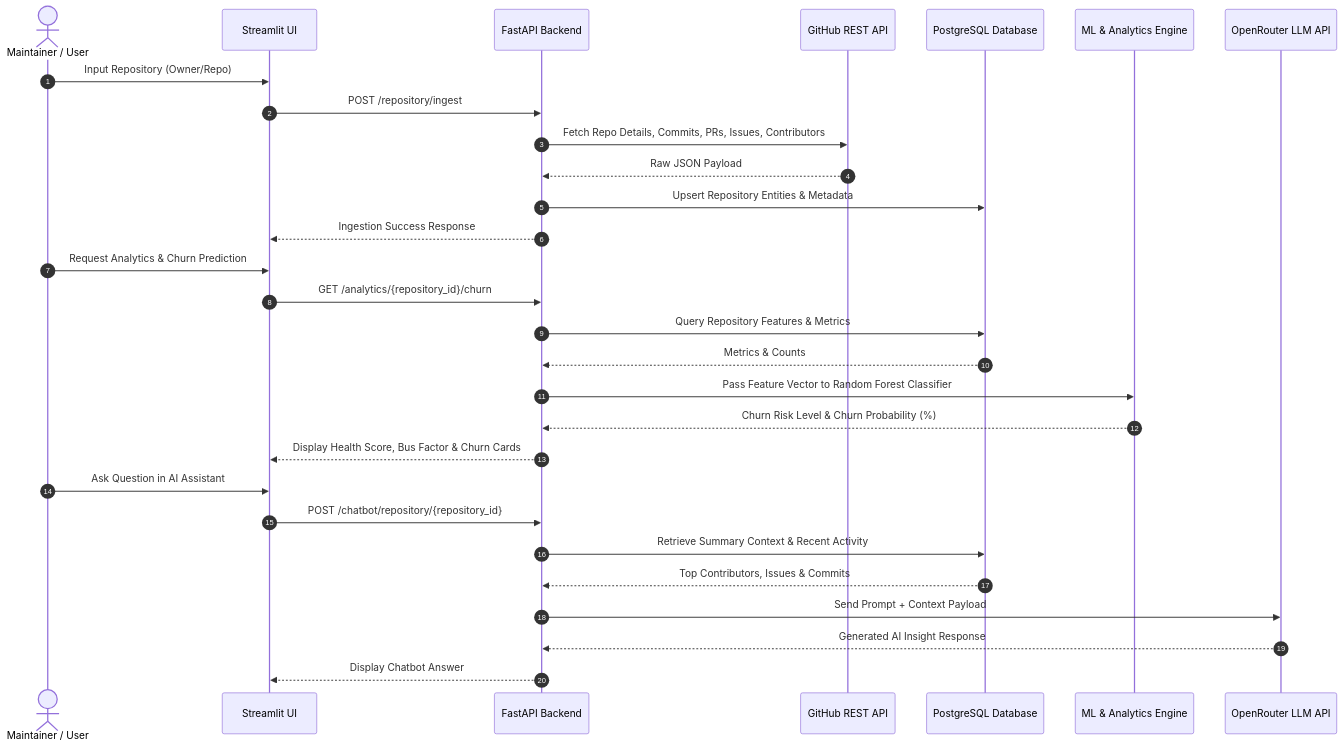
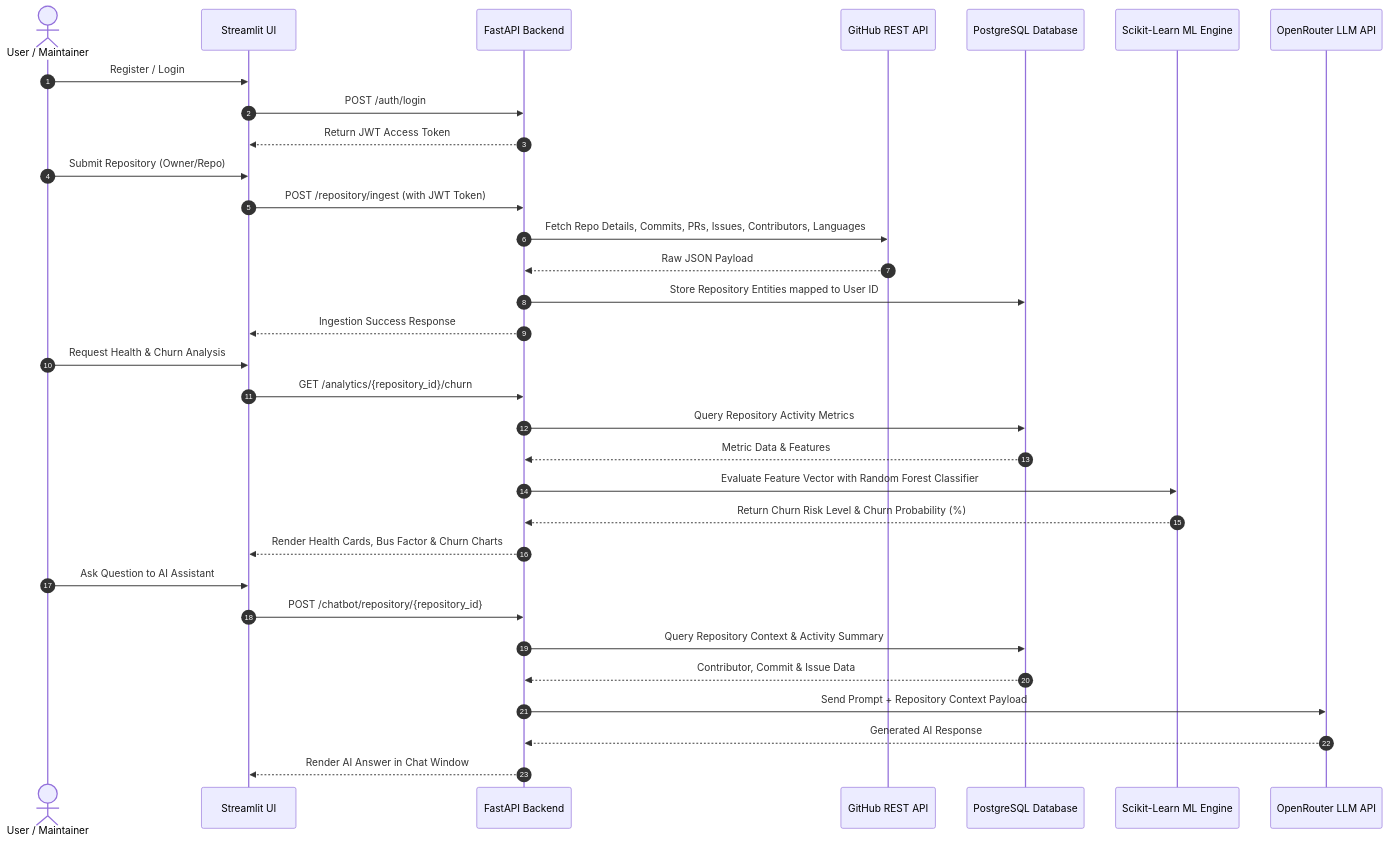
The second of 3 diagrams in README.md (ParmeetCS/GitInsight-AI), drawn with Mermaid before and after one commit. The commit also changed other lines of this file and 3 other files, not shown here.

````diff
--- a/README.md
+++ b/README.md
@@ -107,34 +130,38 @@
 ```mermaid
 sequenceDiagram
     autonumber
-    actor User as Maintainer / User
+    actor User as User / Maintainer
     participant UI as Streamlit UI
     participant API as FastAPI Backend
     participant GH as GitHub REST API
     participant DB as PostgreSQL Database
-    participant ML as ML & Analytics Engine
+    participant ML as Scikit-Learn ML Engine
     participant LLM as OpenRouter LLM API
 
-    User->>UI: Input Repository (Owner/Repo)
-    UI->>API: POST /repository/ingest
-    API->>GH: Fetch Repo Details, Commits, PRs, Issues, Contributors
+    User->>UI: Register / Login
+    UI->>API: POST /auth/login
+    API-->>UI: Return JWT Access Token
+    
+    User->>UI: Submit Repository (Owner/Repo)
+    UI->>API: POST /repository/ingest (with JWT Token)
+    API->>GH: Fetch Repo Details, Commits, PRs, Issues, Contributors, Languages
     GH-->>API: Raw JSON Payload
-    API->>DB: Upsert Repository Entities & Metadata
+    API->>DB: Store Repository Entities mapped to User ID
     API-->>UI: Ingestion Success Response
 
-    User->>UI: Request Analytics & Churn Prediction
+    User->>UI: Request Health & Churn Analysis
     UI->>API: GET /analytics/{repository_id}/churn
-    API->>DB: Query Repository Features & Metrics
-    DB-->>API: Metrics & Counts
-    API->>ML: Pass Feature Vector to Random Forest Classifier
-    ML-->>API: Churn Risk Level & Churn Probability (%)
-    API-->>UI: Display Health Score, Bus Factor & Churn Cards
+    API->>DB: Query Repository Activity Metrics
+    DB-->>API: Metric Data & Features
+    API->>ML: Evaluate Feature Vector with Random Forest Classifier
+    ML-->>API: Return Churn Risk Level & Churn Probability (%)
+    API-->>UI: Render Health Cards, Bus Factor & Churn Charts
 
-    User->>UI: Ask Question in AI Assistant
+    User->>UI: Ask Question to AI Assistant
     UI->>API: POST /chatbot/repository/{repository_id}
-    API->>DB: Retrieve Summary Context & Recent Activity
-    DB-->>API: Top Contributors, Issues & Commits
-    API->>LLM: Send Prompt + Context Payload
-    LLM-->>API: Generated AI Insight Response
-    API-->>UI: Display Chatbot Answer
+    API->>DB: Query Repository Context & Activity Summary
+    DB-->>API: Contributor, Commit & Issue Data
+    API->>LLM: Send Prompt + Repository Context Payload
+    LLM-->>API: Generated AI Response
+    API-->>UI: Render AI Answer in Chat Window
 ```
````
